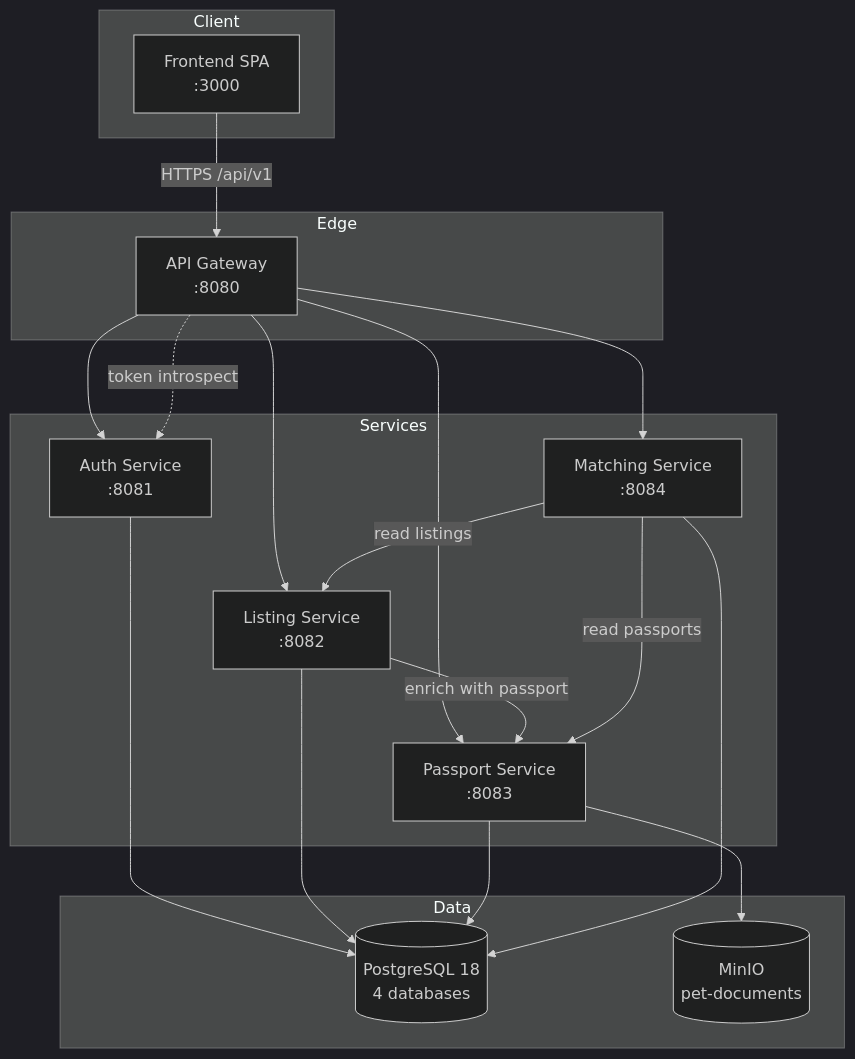
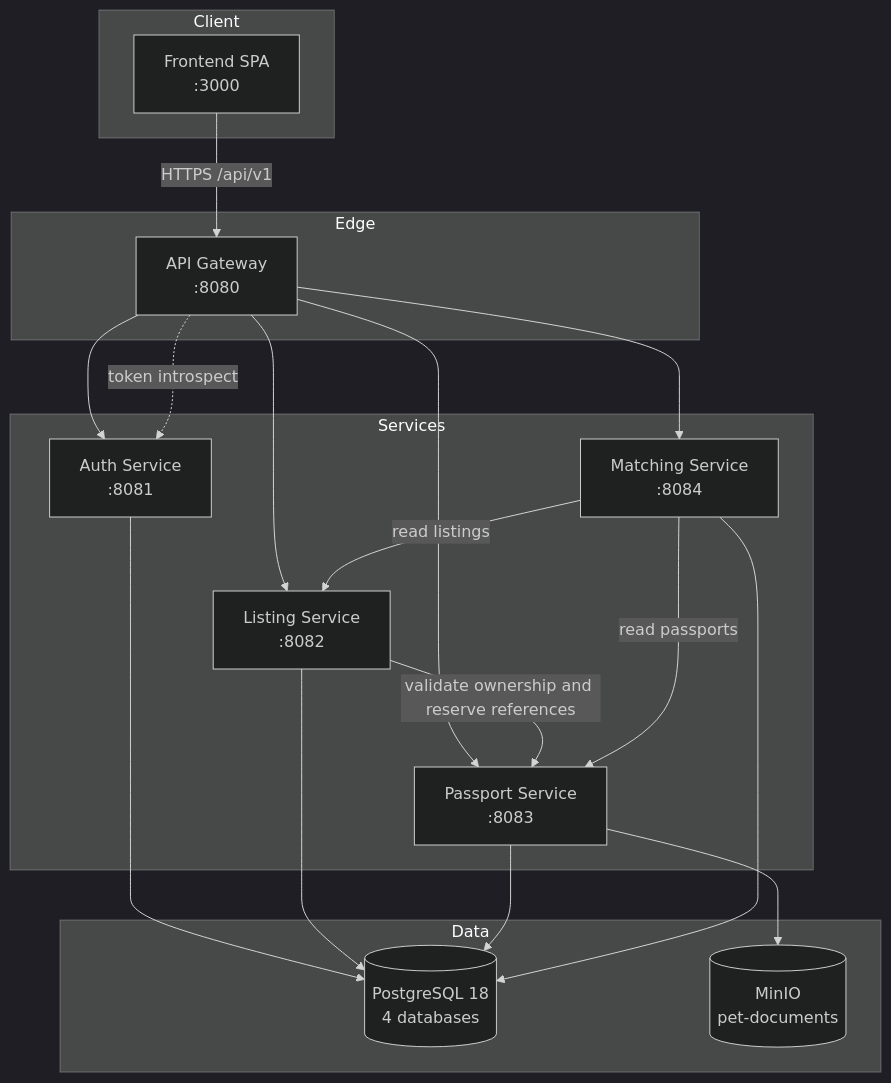
The diagram in README.md (hvostid/hvostid), drawn with Mermaid (dark theme) before and after one commit. The commit also changed other lines of this file and 279 other files, not shown here.

````diff
--- a/README.md
+++ b/README.md
@@ -36,37 +36,37 @@
 ```mermaid
 flowchart TB
     subgraph Client
         FE[Frontend SPA<br/>:3000]
     end
 
     subgraph Edge
         GW[API Gateway<br/>:8080]
     end
 
     subgraph Services
         AUTH[Auth Service<br/>:8081]
         LIST[Listing Service<br/>:8082]
         PASS[Passport Service<br/>:8083]
         MATCH[Matching Service<br/>:8084]
     end
 
     subgraph Data
         PG[(PostgreSQL 18<br/>4 databases)]
         MINIO[(MinIO<br/>pet-documents)]
     end
 
     FE -->|HTTPS /api/v1| GW
     GW --> AUTH
     GW --> LIST
     GW --> PASS
     GW --> MATCH
     GW -. token introspect .-> AUTH
-    LIST -->|enrich with passport| PASS
+    LIST -->|validate ownership and reserve references| PASS
     MATCH -->|read listings| LIST
     MATCH -->|read passports| PASS
     AUTH --> PG
     LIST --> PG
     PASS --> PG
     MATCH --> PG
     PASS --> MINIO
 ```
````
